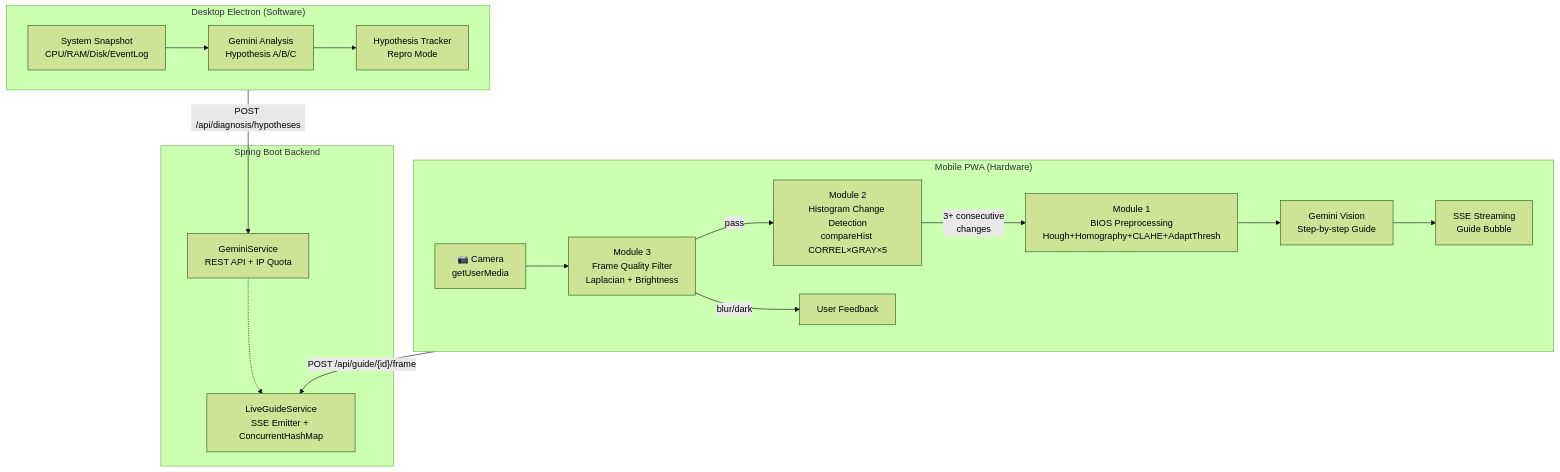
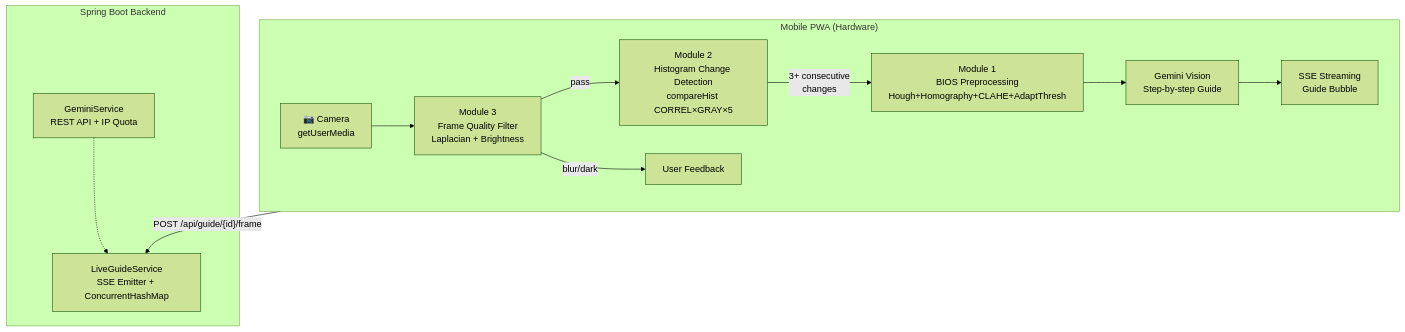
Before and after one commit to enderpawar/CS-NextDoor---------: the diagram in README.md, drawn with Mermaid (forest theme). The commit also changed other lines of this file and 39 other files, not shown here.

````diff
--- a/README.md
+++ b/README.md
@@ -108,33 +140,25 @@
 ```mermaid
 graph TB
     subgraph Mobile_PWA["Mobile PWA (Hardware)"]
         CAM["📷 Camera\ngetUserMedia"]
         M3["Module 3\nFrame Quality Filter\nLaplacian + Brightness"]
         M2["Module 2\nHistogram Change Detection\ncompareHist CORREL×GRAY×5"]
         M1["Module 1\nBIOS Preprocessing\nHough+Homography+CLAHE+AdaptThresh"]
         GV["Gemini Vision\nStep-by-step Guide"]
         SSE["SSE Streaming\nGuide Bubble"]
         CAM --> M3
         M3 -->|"pass"| M2
         M3 -->|"blur/dark"| UF1["User Feedback"]
         M2 -->|"3+ consecutive\nchanges"| M1
         M1 --> GV
         GV --> SSE
     end
 
-    subgraph Desktop_Electron["Desktop Electron (Software)"]
-        SYS["System Snapshot\nCPU/RAM/Disk/EventLog"]
-        GA["Gemini Analysis\nHypothesis A/B/C"]
-        HT["Hypothesis Tracker\nRepro Mode"]
-        SYS --> GA --> HT
-    end
-
     subgraph Backend["Spring Boot Backend"]
         GS["GeminiService\nREST API + IP Quota"]
         LGS["LiveGuideService\nSSE Emitter + ConcurrentHashMap"]
         GS -.-> LGS
     end
 
     Mobile_PWA -->|"POST /api/guide/{id}/frame"| LGS
-    Desktop_Electron -->|"POST /api/diagnosis/hypotheses"| GS
 ```
````
